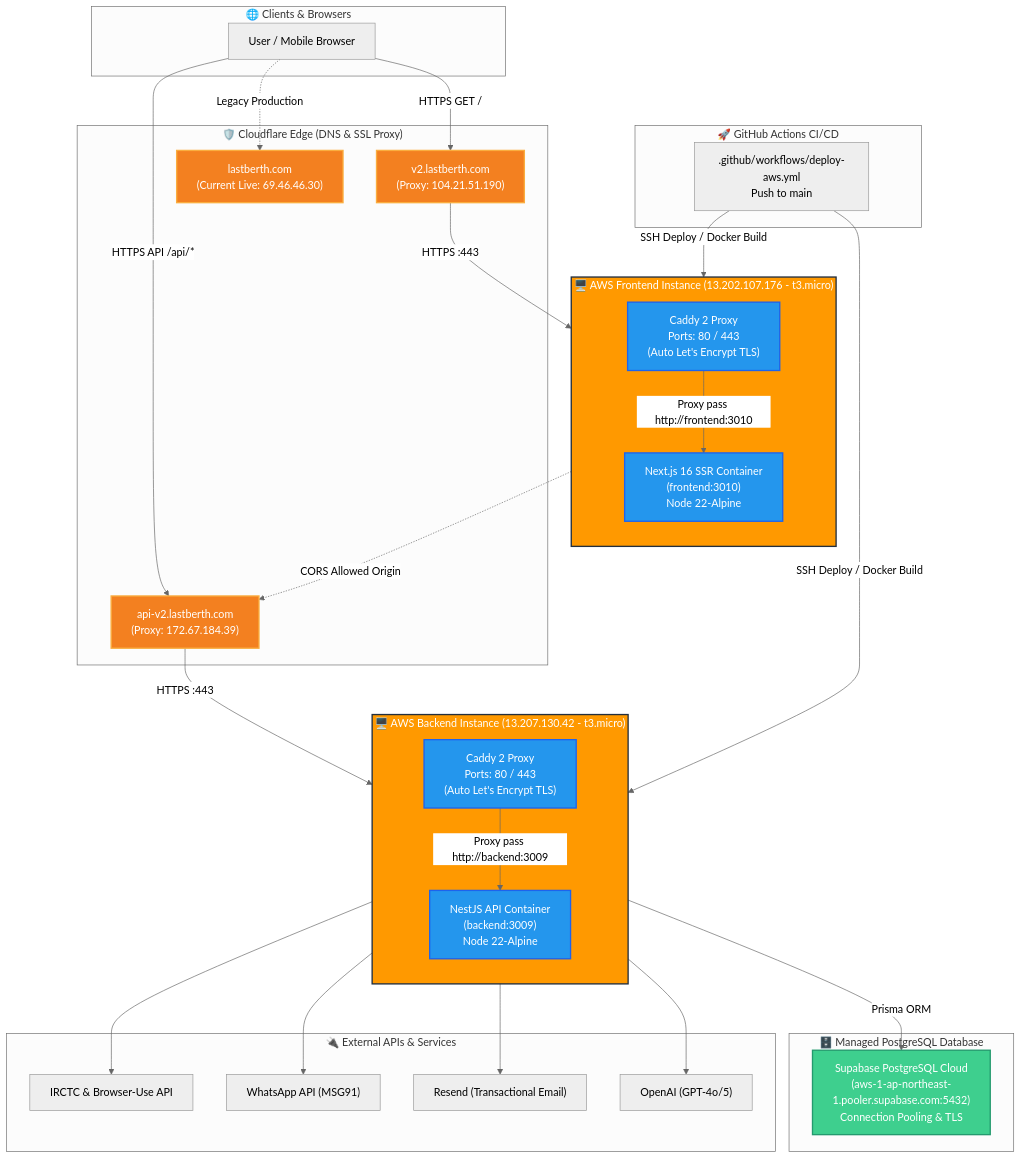
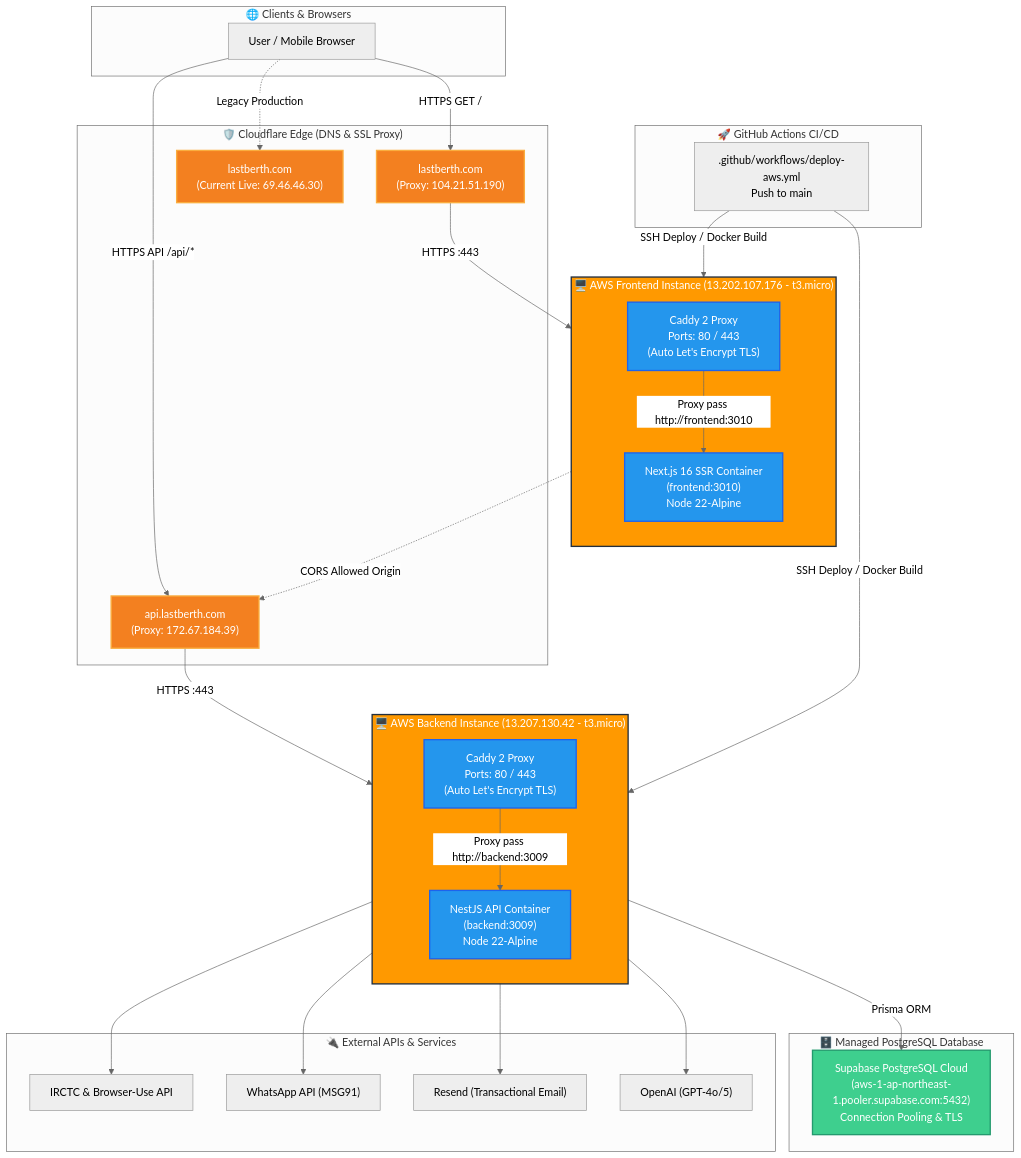
Before and after one commit to bizzareus/traintickets: the diagram in README.md, drawn with Mermaid (neutral theme). The commit also changed other lines of this file and 15 other files, not shown here.

````diff
--- a/README.md
+++ b/README.md
@@ -50,75 +56,75 @@
 ```mermaid
 flowchart TD
     subgraph Client["🌐 Clients & Browsers"]
         User["User / Mobile Browser"]
     end
 
     subgraph Cloudflare["🛡️ Cloudflare Edge (DNS & SSL Proxy)"]
-        CF_FE["v2.lastberth.com\n(Proxy: 104.21.51.190)"]
-        CF_BE["api-v2.lastberth.com\n(Proxy: 172.67.184.39)"]
+        CF_FE["lastberth.com\n(Proxy: 104.21.51.190)"]
+        CF_BE["api.lastberth.com\n(Proxy: 172.67.184.39)"]
         CF_PROD["lastberth.com\n(Current Live: 69.46.46.30)"]
     end
 
     subgraph AWS_FE["🖥️ AWS Frontend Instance (13.202.107.176 - t3.micro)"]
         direction TB
         Caddy_FE["Caddy 2 Proxy\nPorts: 80 / 443\n(Auto Let's Encrypt TLS)"]
         NextJS["Next.js 16 SSR Container\n(frontend:3010)\nNode 22-Alpine"]
         Caddy_FE -->|"Proxy pass http://frontend:3010"| NextJS
     end
 
     subgraph AWS_BE["🖥️ AWS Backend Instance (13.207.130.42 - t3.micro)"]
         direction TB
         Caddy_BE["Caddy 2 Proxy\nPorts: 80 / 443\n(Auto Let's Encrypt TLS)"]
         NestJS["NestJS API Container\n(backend:3009)\nNode 22-Alpine"]
-        
+
         Caddy_BE -->|"Proxy pass http://backend:3009"| NestJS
     end
 
     subgraph Database["🗄️ Managed PostgreSQL Database"]
         Supabase["Supabase PostgreSQL Cloud\n(aws-1-ap-northeast-1.pooler.supabase.com:5432)\nConnection Pooling & TLS"]
         NestJS -->|"Prisma ORM"| Supabase
     end
 
     subgraph External["🔌 External APIs & Services"]
         IRCTC["IRCTC & Browser-Use API"]
         MSG91["WhatsApp API (MSG91)"]
         Resend["Resend (Transactional Email)"]
         OpenAI["OpenAI (GPT-4o/5)"]
     end
 
     subgraph CICD["🚀 GitHub Actions CI/CD"]
         GHA[".github/workflows/deploy-aws.yml\nPush to main"]
     end
 
     %% Client Traffic
     User -->|"HTTPS GET /"| CF_FE
     User -->|"HTTPS API /api/*"| CF_BE
     User -.->|"Legacy Production"| CF_PROD
 
     %% Edge to Origin
     CF_FE -->|"HTTPS :443"| Caddy_FE
     CF_BE -->|"HTTPS :443"| Caddy_BE
 
     %% Frontend to Backend Cross-Origin
     NextJS -.->|"CORS Allowed Origin"| CF_BE
 
     %% Backend to External
     NestJS --> IRCTC
     NestJS --> MSG91
     NestJS --> Resend
     NestJS --> OpenAI
 
     %% CI/CD Deployment
     GHA -->|"SSH Deploy / Docker Build"| AWS_FE
     GHA -->|"SSH Deploy / Docker Build"| AWS_BE
 
     classDef aws fill:#FF9900,stroke:#232F3E,stroke-width:2px,color:#fff;
     classDef cf fill:#F38020,stroke:#FAAD3F,stroke-width:2px,color:#fff;
     classDef container fill:#2496ED,stroke:#1D63ED,stroke-width:2px,color:#fff;
     classDef db fill:#3ECF8E,stroke:#249A6E,stroke-width:2px,color:#fff;
 
     class AWS_FE,AWS_BE aws;
     class CF_FE,CF_BE,CF_PROD cf;
     class NextJS,NestJS,Caddy_FE,Caddy_BE container;
     class Supabase db;
 ```
````
